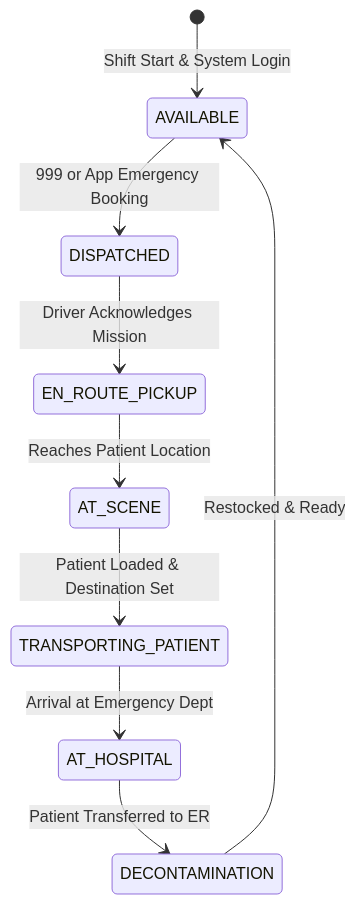
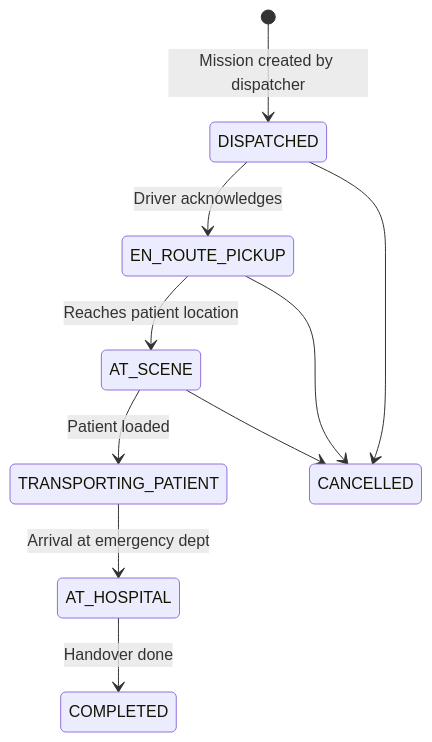
One commit to the-abraar/Ambulance-AID-BD changed the second of 2 diagrams in docs/architecture/dispatch-and-citizen-platform.md. Above: the diagram before and after it, drawn with Mermaid. The commit also changed other lines of this file and 50 other files, not shown here.

First line of the commit message:
Wedge MVP: mission API, dispatcher console, driver app, guardrails

````diff
--- a/docs/architecture/dispatch-and-citizen-platform.md
+++ b/docs/architecture/dispatch-and-citizen-platform.md
@@ -72,11 +74,12 @@
 ```mermaid
 stateDiagram-v2
-    [*] --> AVAILABLE: Shift Start & System Login
-    AVAILABLE --> DISPATCHED: 999 or App Emergency Booking
-    DISPATCHED --> EN_ROUTE_PICKUP: Driver Acknowledges Mission
-    EN_ROUTE_PICKUP --> AT_SCENE: Reaches Patient Location
-    AT_SCENE --> TRANSPORTING_PATIENT: Patient Loaded & Destination Set
-    TRANSPORTING_PATIENT --> AT_HOSPITAL: Arrival at Emergency Dept
-    AT_HOSPITAL --> DECONTAMINATION: Patient Transferred to ER
-    DECONTAMINATION --> AVAILABLE: Restocked & Ready
+    [*] --> DISPATCHED: Mission created by dispatcher
+    DISPATCHED --> EN_ROUTE_PICKUP: Driver acknowledges
+    EN_ROUTE_PICKUP --> AT_SCENE: Reaches patient location
+    AT_SCENE --> TRANSPORTING_PATIENT: Patient loaded
+    TRANSPORTING_PATIENT --> AT_HOSPITAL: Arrival at emergency dept
+    AT_HOSPITAL --> COMPLETED: Handover done
+    DISPATCHED --> CANCELLED
+    EN_ROUTE_PICKUP --> CANCELLED
+    AT_SCENE --> CANCELLED
 ```
````
